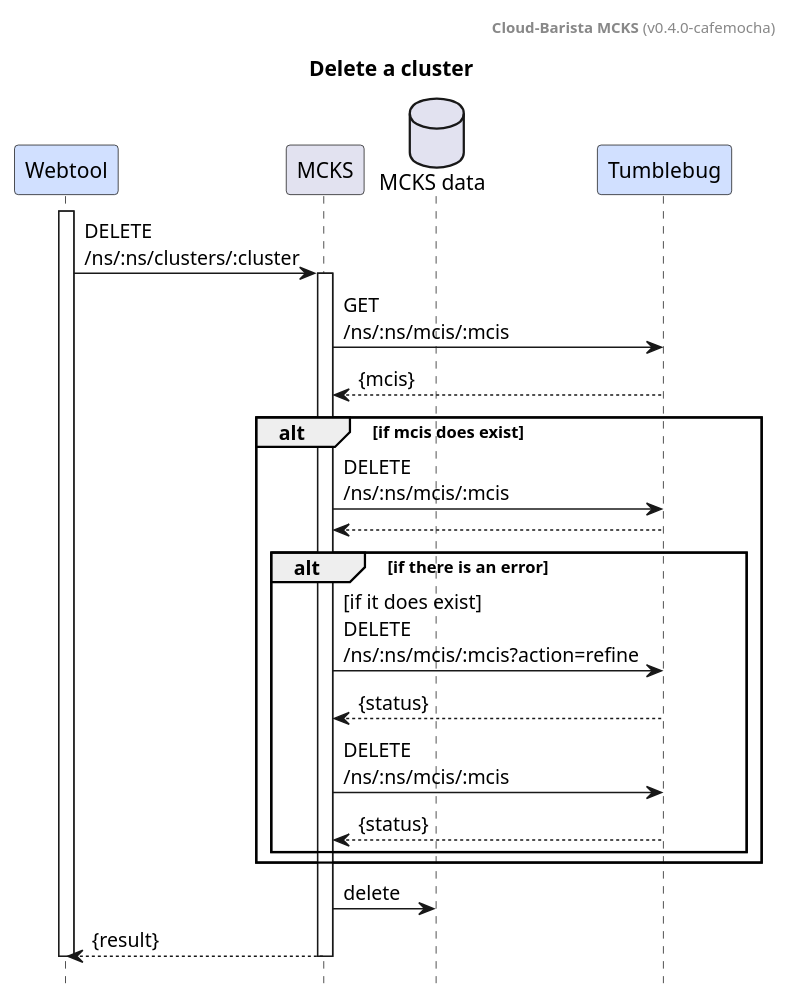
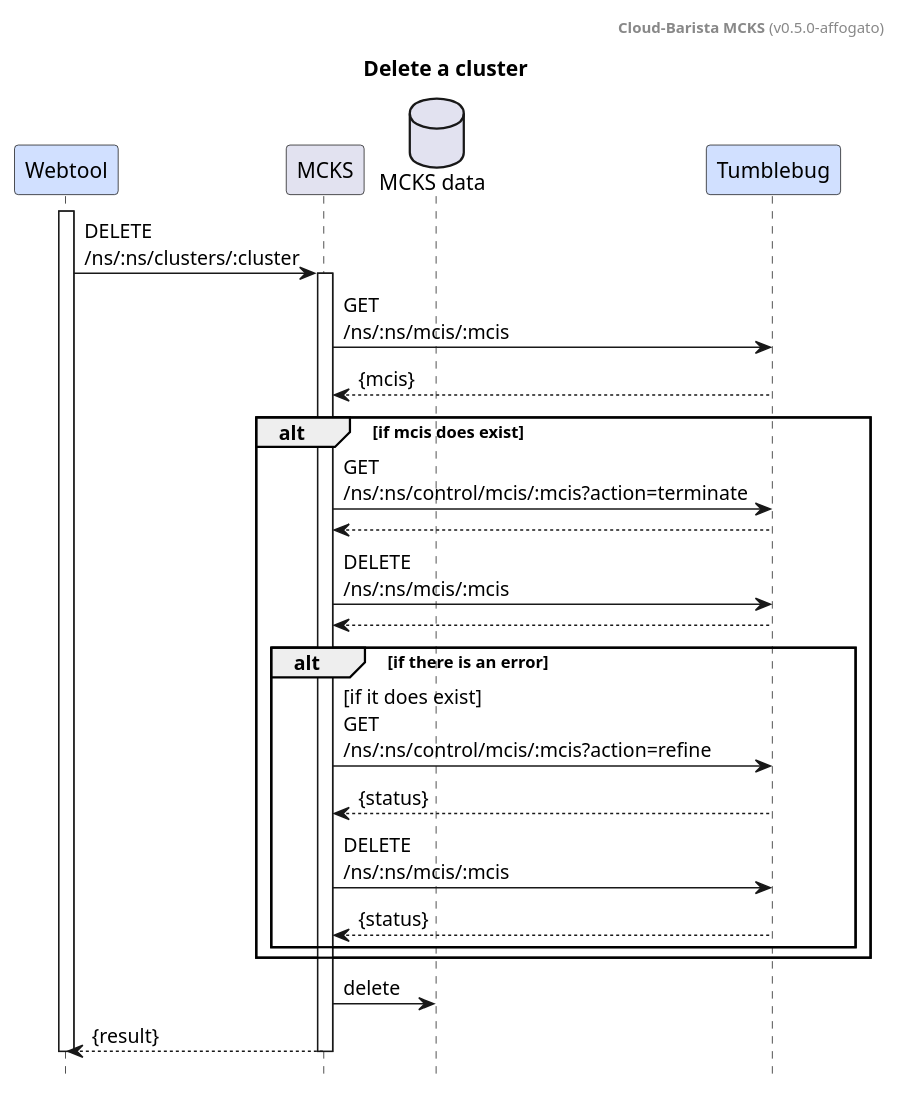
Before and after one commit to cloud-barista/cb-ladybug: the diagram in docs/design/cluster-delete.puml, drawn with PlantUML. The commit also changed 11 other files, not shown here.

```diff
--- a/docs/design/cluster-delete.puml
+++ b/docs/design/cluster-delete.puml
@@ -1,40 +1,44 @@
 @startuml
 
-header **Cloud-Barista MCKS** (v0.4.0-cafemocha)
+header **Cloud-Barista MCKS** (v0.5.0-affogato)
 title Delete a cluster
 hide footbox
 
 participant	"Webtool"		as webtool		#d1e0ff
 participant	"MCKS"		as provider
 database	"MCKS data"	as db
 participant	"Tumblebug"		as tumblebug	#d1e0ff
 
 
 activate webtool
 	webtool		->	provider		: DELETE\n/ns/:ns/clusters/:cluster
 
 	activate provider
 		provider	->	tumblebug	: GET\n/ns/:ns/mcis/:mcis
 		tumblebug	-->	provider	: {mcis}
 		alt if mcis does exist 
+
+			provider	->	tumblebug	: GET\n/ns/:ns/control/mcis/:mcis?action=terminate
+			tumblebug	-->	provider
+
 			provider	->	tumblebug	: DELETE\n/ns/:ns/mcis/:mcis
 			tumblebug	-->	provider
 
 			alt if there is an error
-				provider	->	tumblebug	: [if it does exist]\nDELETE\n/ns/:ns/mcis/:mcis?action=refine
+				provider	->	tumblebug	: [if it does exist]\nGET\n/ns/:ns/control/mcis/:mcis?action=refine
 				tumblebug	-->	provider	: {status}
 				
 				provider	->	tumblebug	: DELETE\n/ns/:ns/mcis/:mcis
 				tumblebug	-->	provider	: {status}
 			end
 
 		end
 
 		provider	->	db	: delete
 		provider	-->	webtool		: {result}
 
 	deactivate provider
 
 deactivate webtool
 
 @enduml
```
